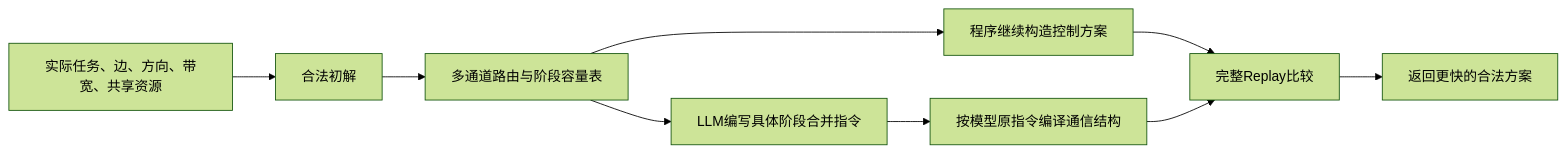
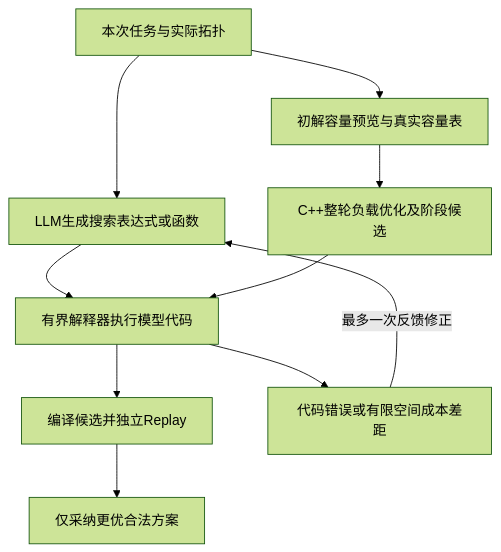
Before and after one commit to Veilwalker/agentcc: the diagram in README.md, drawn with Mermaid (forest theme). The commit also changed other lines of this file and 867 other files, not shown here.

````diff
--- a/README.md
+++ b/README.md
@@ -23,11 +32,12 @@
 ```mermaid
-flowchart LR
-    A[实际任务、边、方向、带宽、共享资源] --> B[合法初解]
-    B --> C[多通道路由与阶段容量表]
-    C --> D[LLM编写具体阶段合并指令]
-    C --> E[程序继续构造控制方案]
-    D --> F[按模型原指令编译通信结构]
-    E --> G[完整Replay比较]
-    F --> G
-    G --> H[返回更快的合法方案]
+flowchart TD
+    A[本次任务与实际拓扑] --> B[LLM生成搜索表达式或函数]
+    A --> C[初解容量预览与真实容量表]
+    C --> D[C++整轮负载优化及阶段候选]
+    B --> E[有界解释器执行模型代码]
+    D --> E
+    E --> F[编译候选并独立Replay]
+    F --> G[仅采纳更优合法方案]
+    E --> H[代码错误或有限空间成本差距]
+    H -->|最多一次反馈修正| B
 ```
````
